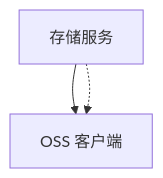
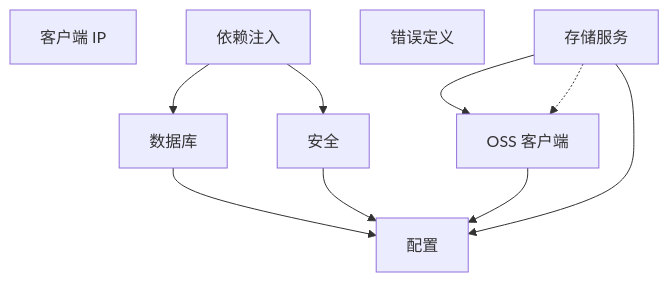
One commit to liceses/ds-demos-showcase changed the diagram in docs/model/graph-infrastructure.md. Above: the diagram before and after it, drawn with Mermaid. The commit also changed other lines of this file and 5 other files, not shown here.

````diff
--- a/docs/model/graph-infrastructure.md
+++ b/docs/model/graph-infrastructure.md
@@ -5,7 +5,19 @@
 ```mermaid
 flowchart TD
+    client_ip["客户端 IP"]
+    config["配置"]
+    database["数据库"]
+    deps["依赖注入"]
+    errors["错误定义"]
+    security["安全"]
     services_oss["OSS 客户端"]
     services_storage["存储服务"]
+    database --> config
+    deps --> database
+    deps --> security
+    security --> config
+    services_oss --> config
+    services_storage --> config
     services_storage --> services_oss
     services_storage -.-> services_oss
 ```
````
